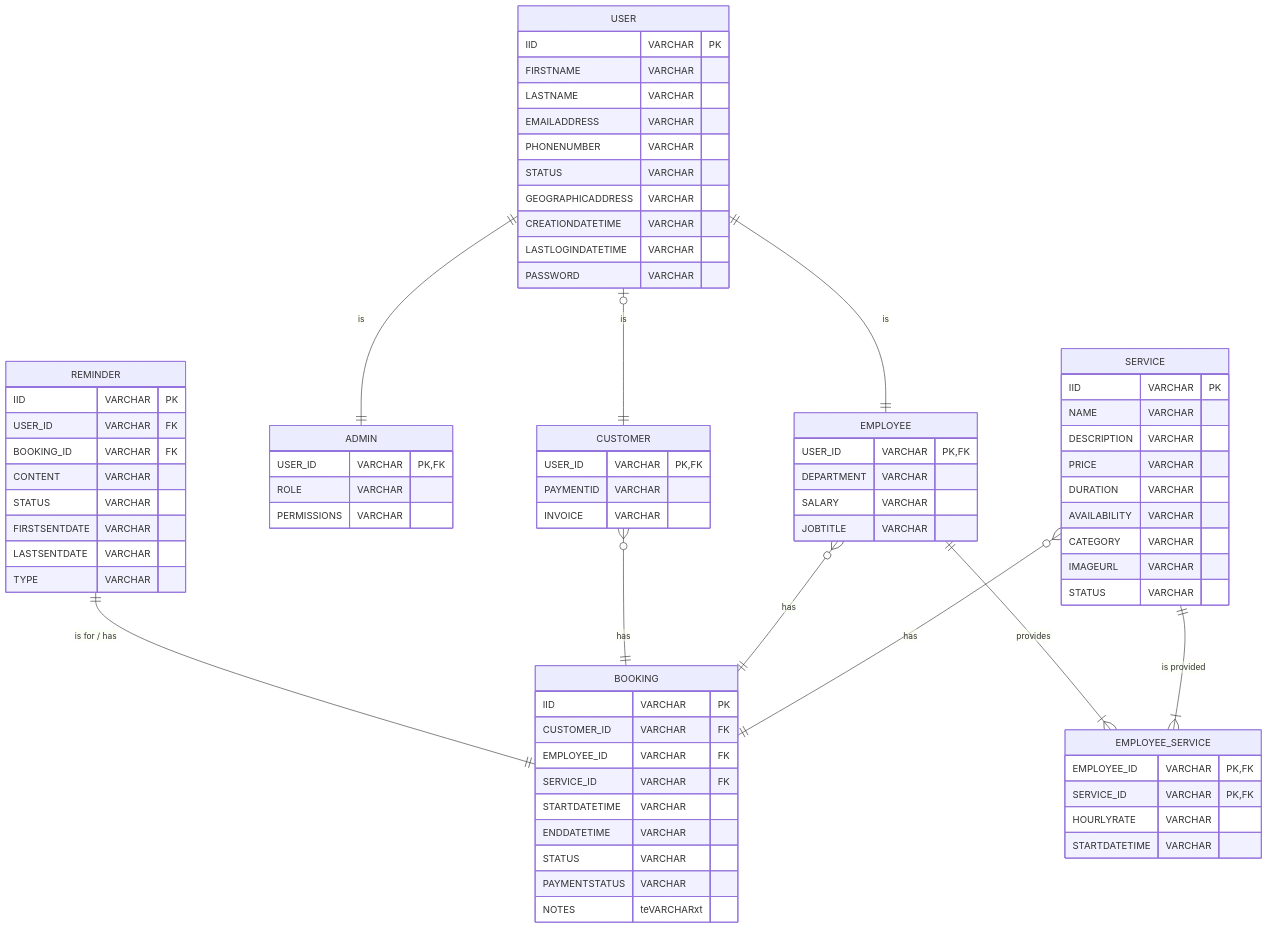
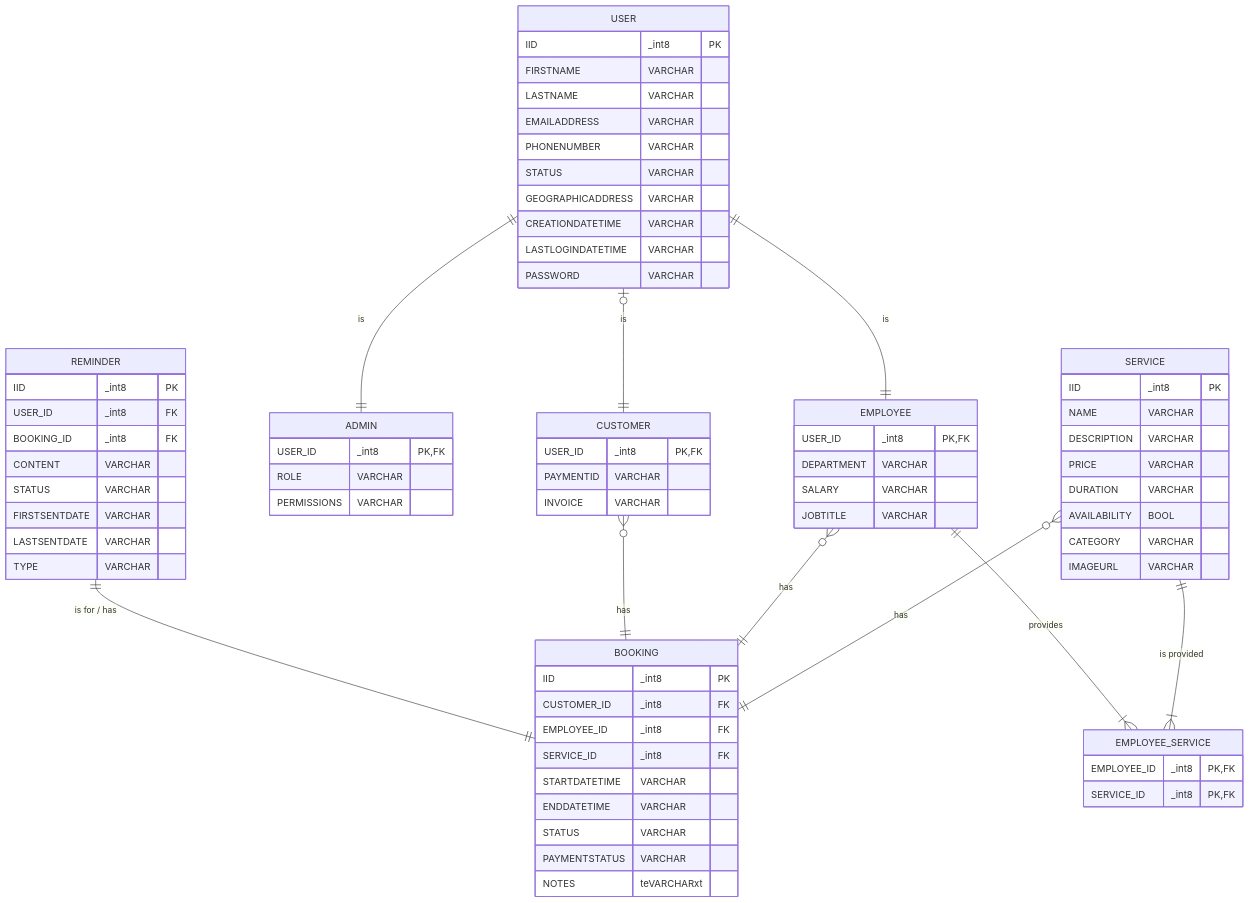
Before and after one commit to cern7/notifyMe: the diagram in README.md, drawn with Mermaid. The commit also changed 2 other files, not shown here.

Commit message:
update README.md file

````diff
--- a/README.md
+++ b/README.md
@@ -4,80 +4,77 @@
 ```mermaid
 erDiagram
 USER |o--|| CUSTOMER : is
 USER ||--|| ADMIN : is
 USER ||--|| EMPLOYEE : is
 SERVICE }o--|| BOOKING : has
 EMPLOYEE }o--|| BOOKING : has
 CUSTOMER }o--|| BOOKING : has
 REMINDER ||--|| BOOKING : "is for / has"
 SERVICE ||--|{ EMPLOYEE_SERVICE : "is provided"
 EMPLOYEE ||--|{ EMPLOYEE_SERVICE : provides
 
 USER {
-    IID VARCHAR PK
+    IID _int8 PK
     FIRSTNAME VARCHAR 
 	  LASTNAME VARCHAR
     EMAILADDRESS VARCHAR
 	  PHONENUMBER VARCHAR
 	  STATUS VARCHAR
 	  GEOGRAPHICADDRESS VARCHAR
 	  CREATIONDATETIME VARCHAR
 	  LASTLOGINDATETIME VARCHAR
 	  PASSWORD VARCHAR
   }
   CUSTOMER {
-    USER_ID VARCHAR PK,FK
+    USER_ID _int8 PK,FK
     PAYMENTID VARCHAR
     INVOICE VARCHAR 
   }
   EMPLOYEE {
-    USER_ID VARCHAR PK,FK
+    USER_ID _int8 PK,FK
     DEPARTMENT VARCHAR
     SALARY VARCHAR
     JOBTITLE VARCHAR
   }
   ADMIN {
-    USER_ID VARCHAR PK,FK
+    USER_ID _int8 PK,FK
     ROLE VARCHAR
     PERMISSIONS VARCHAR
   }
   BOOKING {
-    IID VARCHAR PK
-	  CUSTOMER_ID VARCHAR FK
-	  EMPLOYEE_ID VARCHAR FK
-	  SERVICE_ID VARCHAR FK
+    IID _int8 PK
+	  CUSTOMER_ID _int8 FK
+	  EMPLOYEE_ID _int8 FK
+	  SERVICE_ID _int8 FK
 	  STARTDATETIME VARCHAR 
 	  ENDDATETIME VARCHAR 
 	  STATUS VARCHAR
 	  PAYMENTSTATUS VARCHAR 
 	  NOTES teVARCHARxt
   }
   SERVICE {
-    IID VARCHAR PK
+    IID _int8 PK
 	  NAME VARCHAR
 	  DESCRIPTION VARCHAR
 	  PRICE VARCHAR 
 	  DURATION VARCHAR 
-	  AVAILABILITY VARCHAR 
+	  AVAILABILITY BOOL
 	  CATEGORY VARCHAR 
 	  IMAGEURL VARCHAR 
-	  STATUS VARCHAR 
-  }
+	 }
   REMINDER {
-  IID VARCHAR PK
-	USER_ID VARCHAR FK
-	BOOKING_ID VARCHAR FK
+  IID _int8 PK
+	USER_ID _int8 FK
+	BOOKING_ID _int8 FK
 	CONTENT VARCHAR 
 	STATUS VARCHAR 
 	FIRSTSENTDATE VARCHAR 
 	LASTSENTDATE VARCHAR 
 	TYPE VARCHAR 
   }
   EMPLOYEE_SERVICE {
-    EMPLOYEE_ID VARCHAR PK,FK
-	  SERVICE_ID VARCHAR PK,FK
-	  HOURLYRATE VARCHAR 
-	  STARTDATETIME VARCHAR 
+    EMPLOYEE_ID _int8 PK,FK
+	  SERVICE_ID _int8 PK,FK
   }
 
  ```
````
